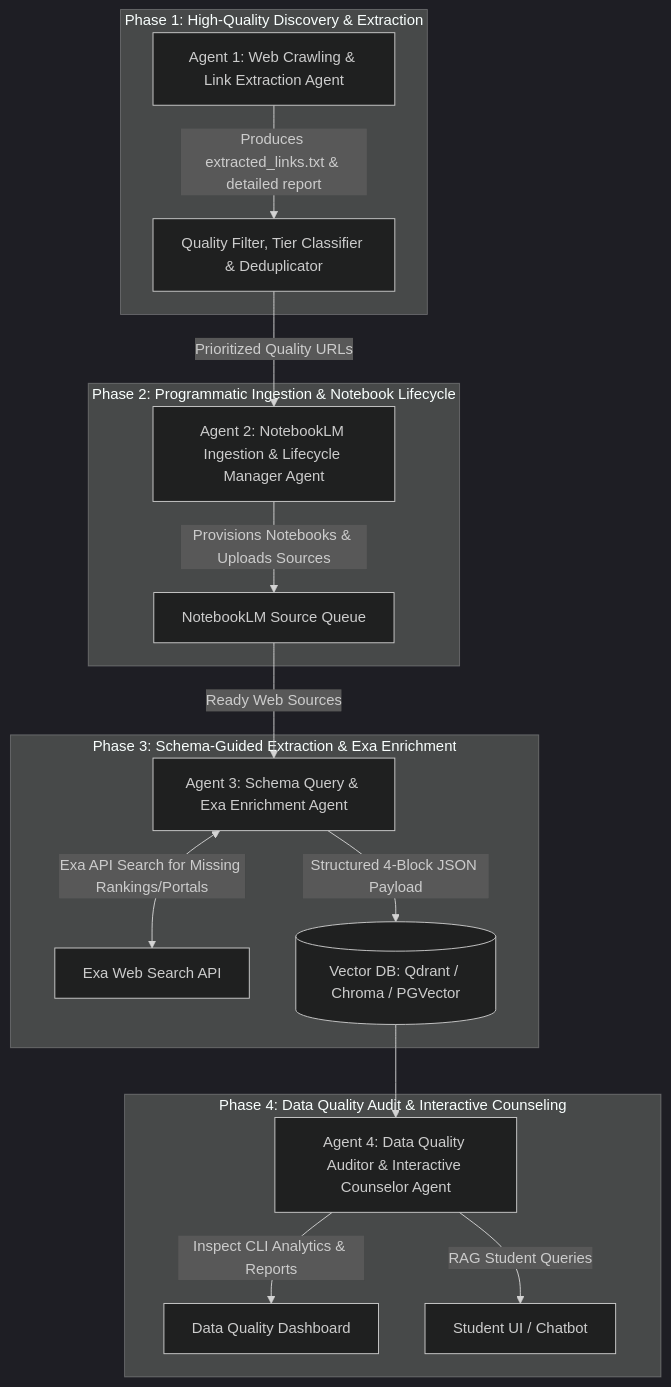
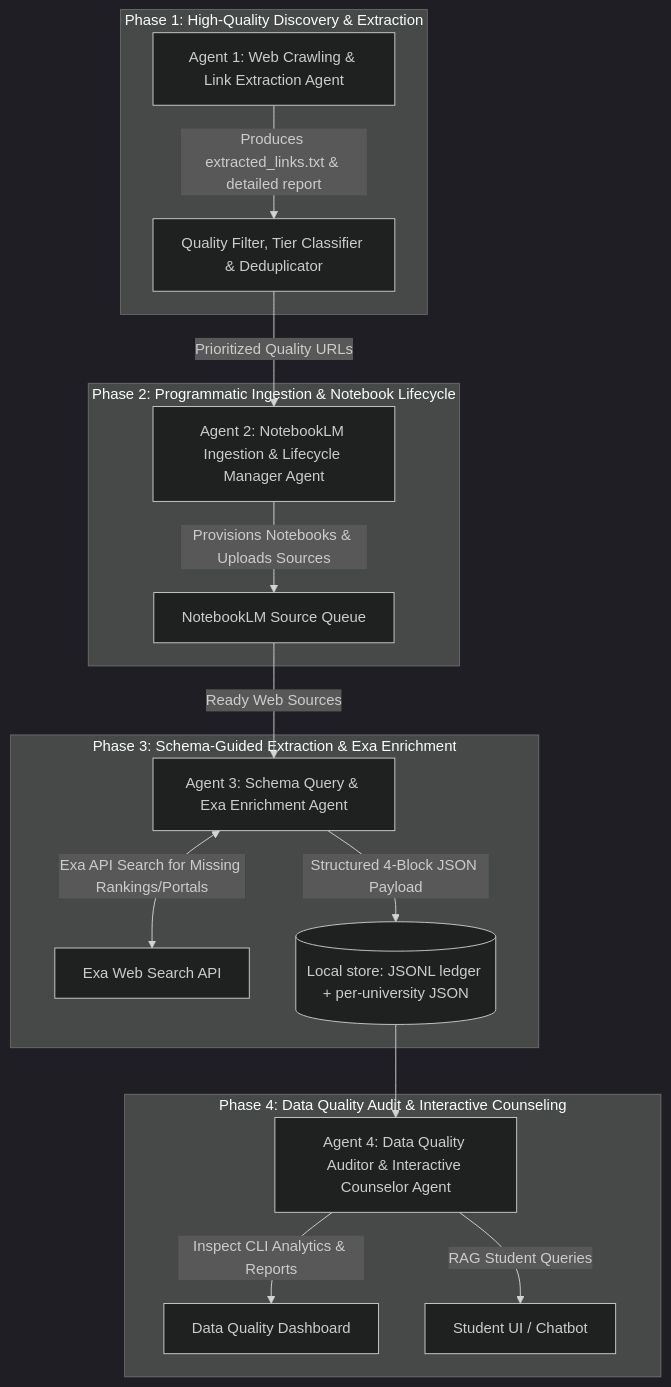
The diagram in AGENTS.md (ProfessorSulphite/unicrawling), drawn with Mermaid (dark theme) before and after one commit. The commit also changed other lines of this file and 6 other files, not shown here.

````diff
--- a/AGENTS.md
+++ b/AGENTS.md
@@ -9,23 +9,23 @@
 ```mermaid
 flowchart TD
     subgraph Phase 1: High-Quality Discovery & Extraction
         A[Agent 1: Web Crawling & Link Extraction Agent] -->|Produces extracted_links.txt & detailed report| B[Quality Filter, Tier Classifier & Deduplicator]
     end
 
     subgraph Phase 2: Programmatic Ingestion & Notebook Lifecycle
         B -->|Prioritized Quality URLs| C[Agent 2: NotebookLM Ingestion & Lifecycle Manager Agent]
         C -->|Provisions Notebooks & Uploads Sources| D[NotebookLM Source Queue]
     end
 
     subgraph Phase 3: Schema-Guided Extraction & Exa Enrichment
         D -->|Ready Web Sources| E[Agent 3: Schema Query & Exa Enrichment Agent]
         E <-->|Exa API Search for Missing Rankings/Portals| F[Exa Web Search API]
-        E -->|Structured 4-Block JSON Payload| G[(Vector DB: Qdrant / Chroma / PGVector)]
+        E -->|Structured 4-Block JSON Payload| G[(Local store: JSONL ledger + per-university JSON)]
     end
 
     subgraph Phase 4: Data Quality Audit & Interactive Counseling
         G --> H[Agent 4: Data Quality Auditor & Interactive Counselor Agent]
         H -->|Inspect CLI Analytics & Reports| I[Data Quality Dashboard]
         H -->|RAG Student Queries| J[Student UI / Chatbot]
     end
 ```
````
